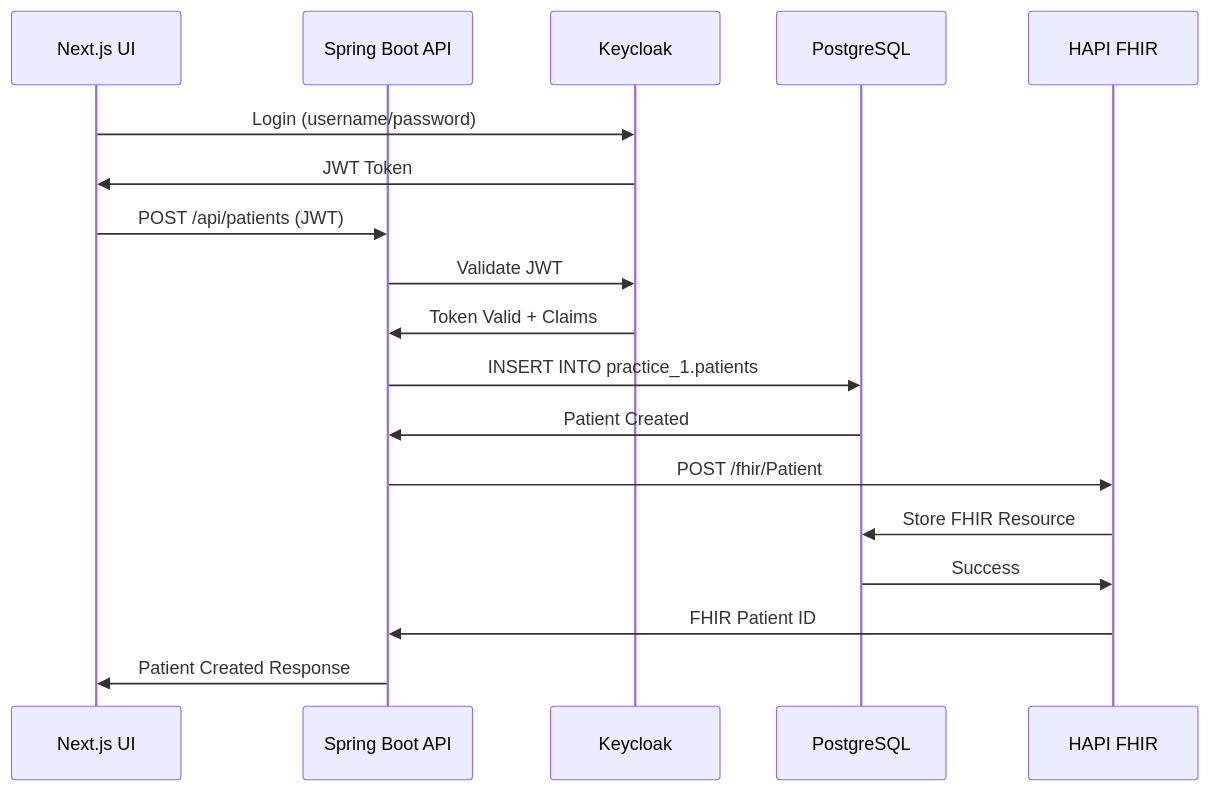
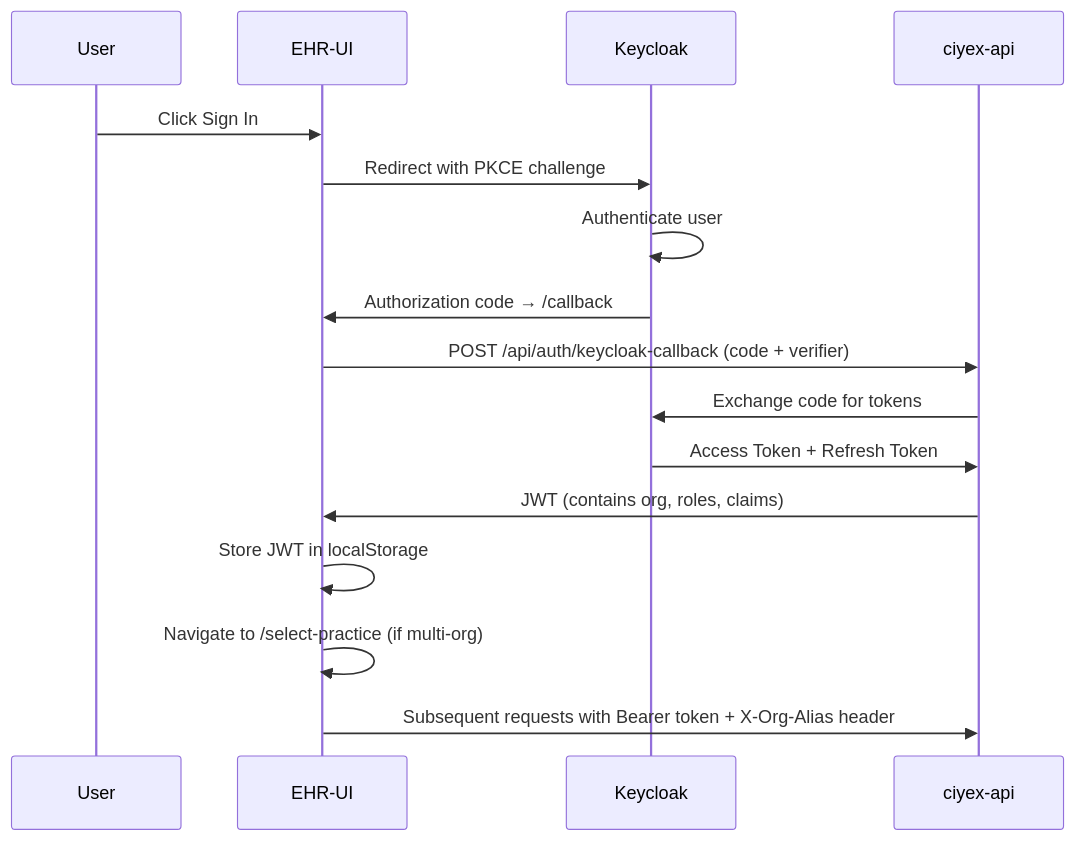
One commit to ciyex-org/ciyex-org-web changed the second of 4 diagrams in docs/architecture.md. Above: the diagram before and after it, drawn with Mermaid. The commit also changed other lines of this file and 10 other files, not shown here.

First line of the commit message:
Update documentation to reflect actual ciyex-api codebase

````diff
--- a/docs/architecture.md
+++ b/docs/architecture.md
@@ -290,22 +183,19 @@
 ```mermaid
 sequenceDiagram
-    participant UI as Next.js UI
-    participant API as Spring Boot API
+    participant User
+    participant UI as EHR-UI
     participant KC as Keycloak
-    participant DB as PostgreSQL
-    participant FHIR as HAPI FHIR
-    
-    UI->>KC: Login (username/password)
-    KC->>UI: JWT Token
-    
-    UI->>API: POST /api/patients (JWT)
-    API->>KC: Validate JWT
-    KC->>API: Token Valid + Claims
-    API->>DB: INSERT INTO practice_1.patients
-    DB->>API: Patient Created
-    API->>FHIR: POST /fhir/Patient
-    FHIR->>DB: Store FHIR Resource
-    DB->>FHIR: Success
-    FHIR->>API: FHIR Patient ID
-    API->>UI: Patient Created Response
+    participant API as ciyex-api
+
+    User->>UI: Click Sign In
+    UI->>KC: Redirect with PKCE challenge
+    KC->>KC: Authenticate user
+    KC->>UI: Authorization code → /callback
+    UI->>API: POST /api/auth/keycloak-callback (code + verifier)
+    API->>KC: Exchange code for tokens
+    KC->>API: Access Token + Refresh Token
+    API->>UI: JWT (contains org, roles, claims)
+    UI->>UI: Store JWT in localStorage
+    UI->>UI: Navigate to /select-practice (if multi-org)
+    UI->>API: Subsequent requests with Bearer token + X-Org-Alias header
 ```
````
